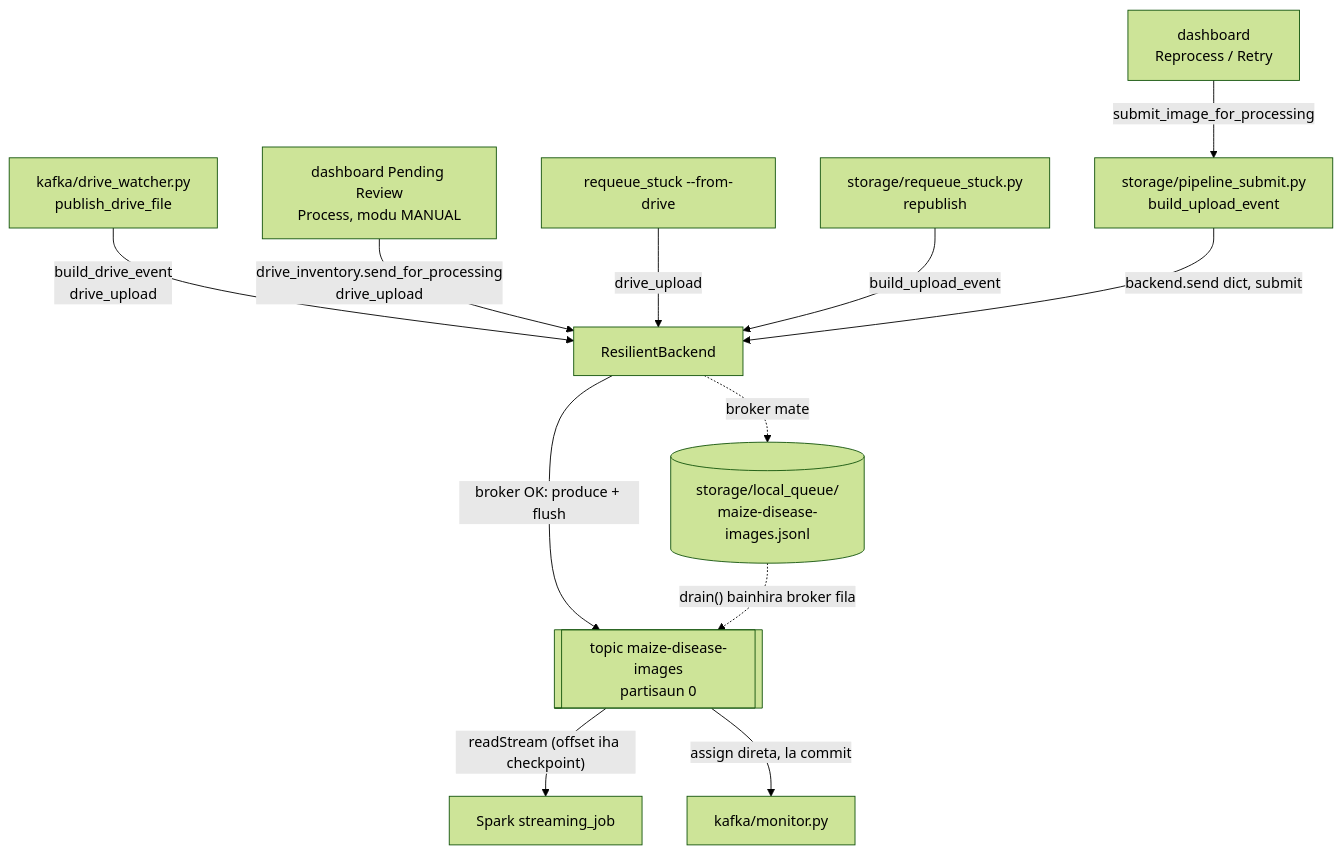
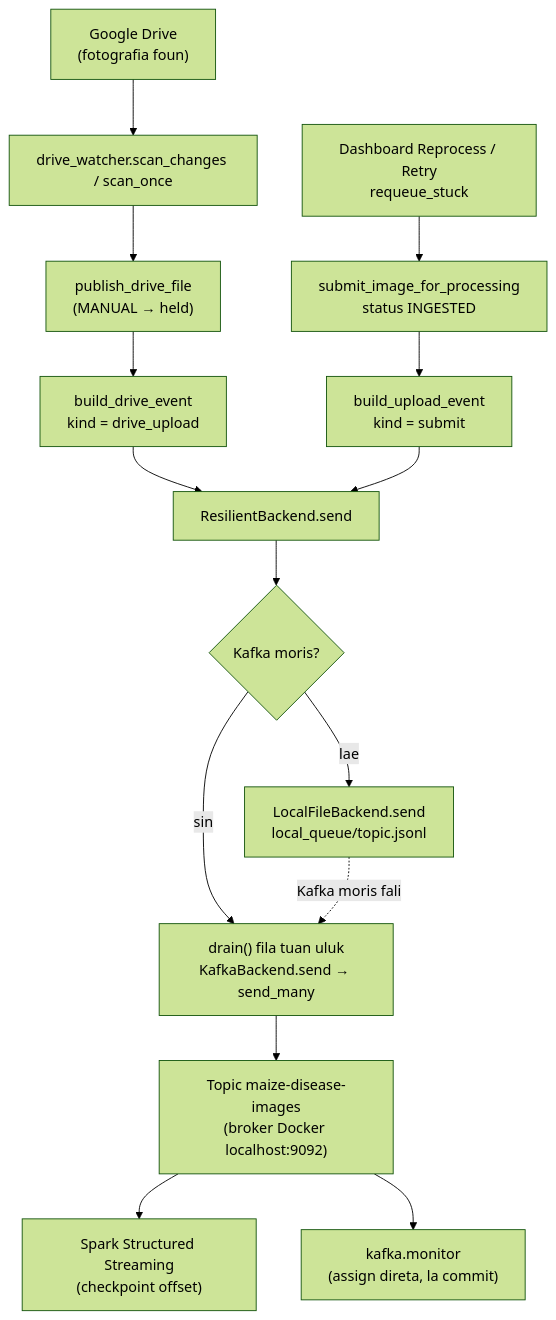
The first of 3 diagrams in documentation/technical_modules/src/02_kafka_module.md (AOD-collab/-crop-disease-ews), drawn with Mermaid (forest theme) before and after one commit. The commit also changed other lines of this file and 41 other files, not shown here.

````diff
--- a/documentation/technical_modules/src/02_kafka_module.md
+++ b/documentation/technical_modules/src/02_kafka_module.md
@@ -52,14 +124,17 @@
 ```mermaid
 flowchart TD
-    W[kafka/drive_watcher.py<br/>publish_drive_file] -- "build_drive_event<br/>drive_upload" --> RB[ResilientBackend]
-    PR[dashboard Pending Review<br/>Process, modu MANUAL] -- "drive_inventory.send_for_processing<br/>drive_upload" --> RB
-    RQD[requeue_stuck --from-drive] -- "drive_upload" --> RB
-    DASH[dashboard<br/>Reprocess / Retry] -- submit_image_for_processing --> PS[storage/pipeline_submit.py<br/>build_upload_event]
-    RQ[storage/requeue_stuck.py<br/>republish] -- "build_upload_event" --> RB
-    PS -- "backend.send dict, submit" --> RB
-    RB -- "broker OK: produce + flush" --> K[[topic maize-disease-images<br/>partisaun 0]]
-    RB -. "broker mate" .-> F[(storage/local_queue/<br/>maize-disease-images.jsonl)]
-    F -. "drain() bainhira broker fila" .-> K
-    K -- "readStream (offset iha checkpoint)" --> S[Spark streaming_job]
-    K -- "assign direta, la commit" --> M[kafka/monitor.py]
+    A["Google Drive<br/>(fotografia foun)"] --> B["drive_watcher.scan_changes / scan_once"]
+    B --> C["publish_drive_file<br/>(MANUAL → held)"]
+    C --> D["build_drive_event<br/>kind = drive_upload"]
+    E["Dashboard Reprocess / Retry<br/>requeue_stuck"] --> F["submit_image_for_processing<br/>status INGESTED"]
+    F --> G["build_upload_event<br/>kind = submit"]
+    D --> H["ResilientBackend.send"]
+    G --> H
+    H --> I{"Kafka moris?"}
+    I -- sin --> J["drain() fila tuan uluk<br/>KafkaBackend.send → send_many"]
+    I -- lae --> K["LocalFileBackend.send<br/>local_queue/topic.jsonl"]
+    K -. "Kafka moris fali" .-> J
+    J --> L["Topic maize-disease-images<br/>(broker Docker localhost:9092)"]
+    L --> M["Spark Structured Streaming<br/>(checkpoint offset)"]
+    L --> N["kafka.monitor<br/>(assign direta, la commit)"]
 ```
````
